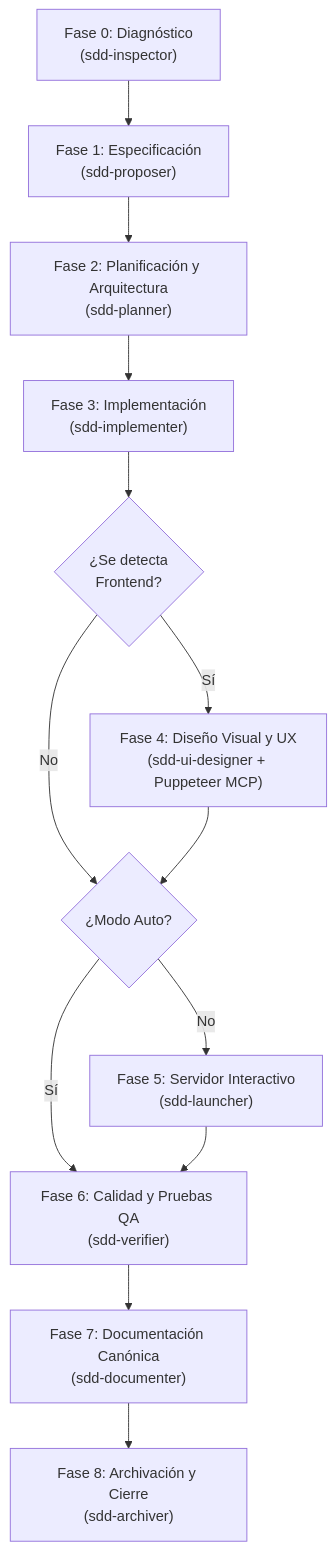
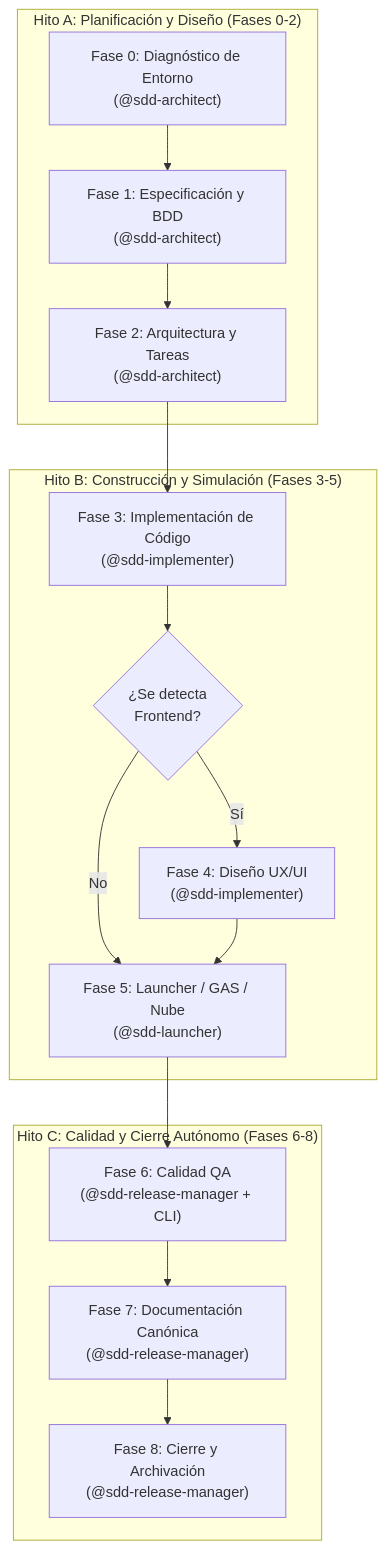
One commit to Danielisla96/zugzbot changed the diagram in README.md. Above: the diagram before and after it, drawn with Mermaid. The commit also changed other lines of this file, not shown here.

Commit message:
docs: restructure Zugzbot documentation to reflect V2 agent consolidation and Hito-based SDD workflow

````diff
--- a/README.md
+++ b/README.md
@@ -12,15 +12,21 @@
 ```mermaid
 graph TD
-    A0["Fase 0: Diagnóstico\n(sdd-inspector)"] --> A["Fase 1: Especificación\n(sdd-proposer)"]
-    A --> B["Fase 2: Planificación y Arquitectura\n(sdd-planner)"]
-    B --> C["Fase 3: Implementación\n(sdd-implementer)"]
-    C --> D{"¿Se detecta\nFrontend?"}
-    D -- Sí --> E["Fase 4: Diseño Visual y UX\n(sdd-ui-designer + Puppeteer MCP)"]
-    D -- No --> HIL{"¿Modo Auto?"}
-    E --> HIL
-    HIL -- No --> I["Fase 5: Servidor Interactivo\n(sdd-launcher)"]
-    HIL -- Sí --> F["Fase 6: Calidad y Pruebas QA\n(sdd-verifier)"]
-    I --> F
-    F --> G["Fase 7: Documentación Canónica\n(sdd-documenter)"]
-    G --> H["Fase 8: Archivación y Cierre\n(sdd-archiver)"]
+    subgraph Hito_A ["Hito A: Planificación y Diseño (Fases 0-2)"]
+        F0["Fase 0: Diagnóstico de Entorno\n(@sdd-architect)"] --> F1["Fase 1: Especificación y BDD\n(@sdd-architect)"]
+        F1 --> F2["Fase 2: Arquitectura y Tareas\n(@sdd-architect)"]
+    end
+    
+    subgraph Hito_B ["Hito B: Construcción y Simulación (Fases 3-5)"]
+        F2 --> F3["Fase 3: Implementación de Código\n(@sdd-implementer)"]
+        F3 --> F4{"¿Se detecta\nFrontend?"}
+        F4 -- Sí --> F4_UI["Fase 4: Diseño UX/UI\n(@sdd-implementer)"]
+        F4 -- No --> F5["Fase 5: Launcher / GAS / Nube\n(@sdd-launcher)"]
+        F4_UI --> F5
+    end
+    
+    subgraph Hito_C ["Hito C: Calidad y Cierre Autónomo (Fases 6-8)"]
+        F5 --> F6["Fase 6: Calidad QA\n(@sdd-release-manager + CLI)"]
+        F6 --> F7["Fase 7: Documentación Canónica\n(@sdd-release-manager)"]
+        F7 --> F8["Fase 8: Cierre y Archivación\n(@sdd-release-manager)"]
+    end
 ```
````
